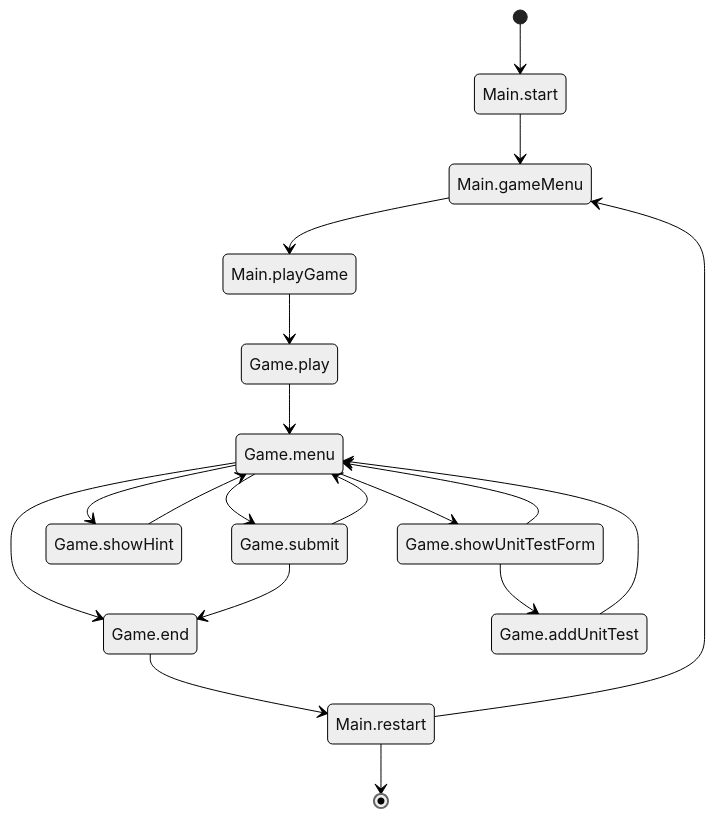
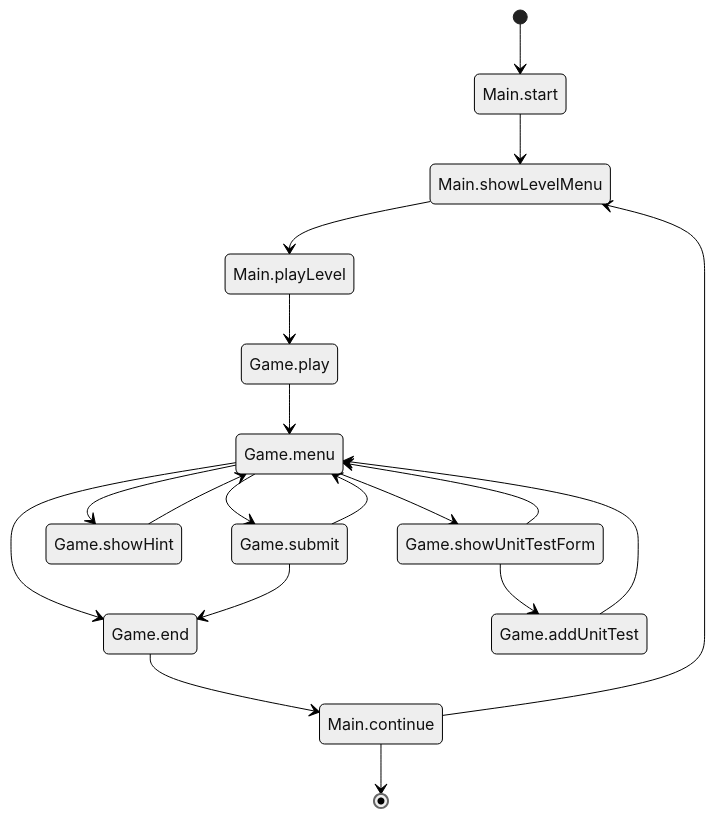
One commit to reimf/unittestgame.com changed the second of 2 diagrams in README.md. Above: the diagram before and after it, drawn with Mermaid (neutral theme). The commit also changed other lines of this file and 44 other files, not shown here.

````diff
--- a/README.md
+++ b/README.md
@@ -195,21 +195,21 @@
 ```mermaid
 stateDiagram-v2
     [*] --> Main.start
-    Main.start --> Main.gameMenu
-    Main.gameMenu --> Main.playGame
-    Main.playGame --> Game.play
-    Main.restart --> Main.gameMenu
-    Main.restart --> [*]
+    Main.start --> Main.showLevelMenu
+    Main.showLevelMenu --> Main.playLevel
+    Main.playLevel --> Game.play
+    Main.continue --> Main.showLevelMenu
+    Main.continue --> [*]
     Game.play --> Game.menu
     Game.menu --> Game.showUnitTestForm
     Game.menu --> Game.showHint
     Game.menu --> Game.submit
     Game.menu --> Game.end
     Game.showUnitTestForm --> Game.addUnitTest
     Game.showUnitTestForm --> Game.menu
     Game.addUnitTest --> Game.menu
     Game.showHint --> Game.menu
     Game.submit --> Game.menu
     Game.submit --> Game.end
-    Game.end --> Main.restart
+    Game.end --> Main.continue
 ```
````
